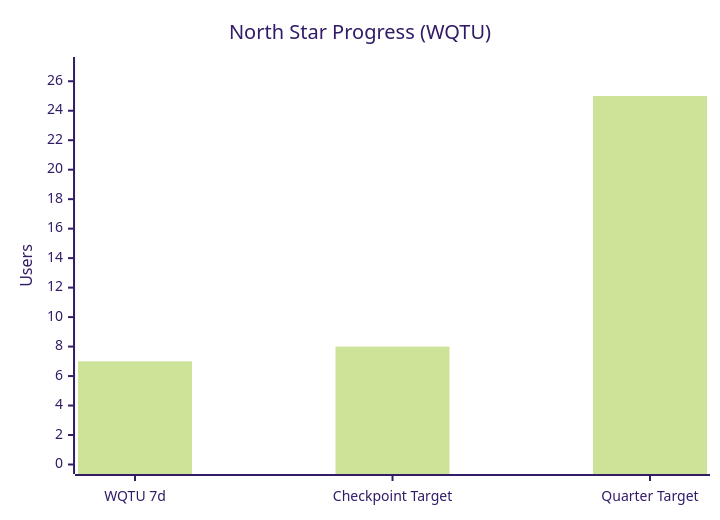
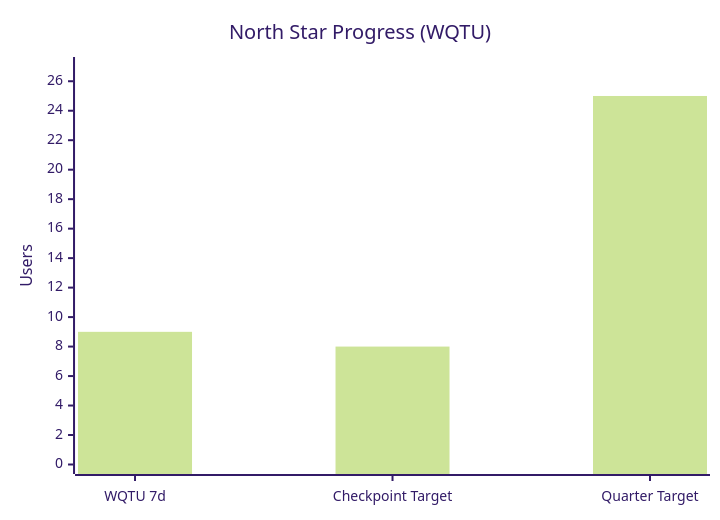
The second of 4 diagrams in wiki/Paid-Acquisition.md (IgorGanapolsky/Random-Timer), drawn with Mermaid (forest theme) before and after one commit. The commit also changed other lines of this file and 10 other files, not shown here.

````diff
--- a/wiki/Paid-Acquisition.md
+++ b/wiki/Paid-Acquisition.md
@@ -50,7 +50,7 @@
 ```mermaid
 xychart-beta
     title "North Star Progress (WQTU)"
     x-axis ["WQTU 7d" , "Checkpoint Target" , "Quarter Target"]
     y-axis "Users" 0 --> 27
-    bar [7 , 8 , 25]
+    bar [9 , 8 , 25]
 ```
````
